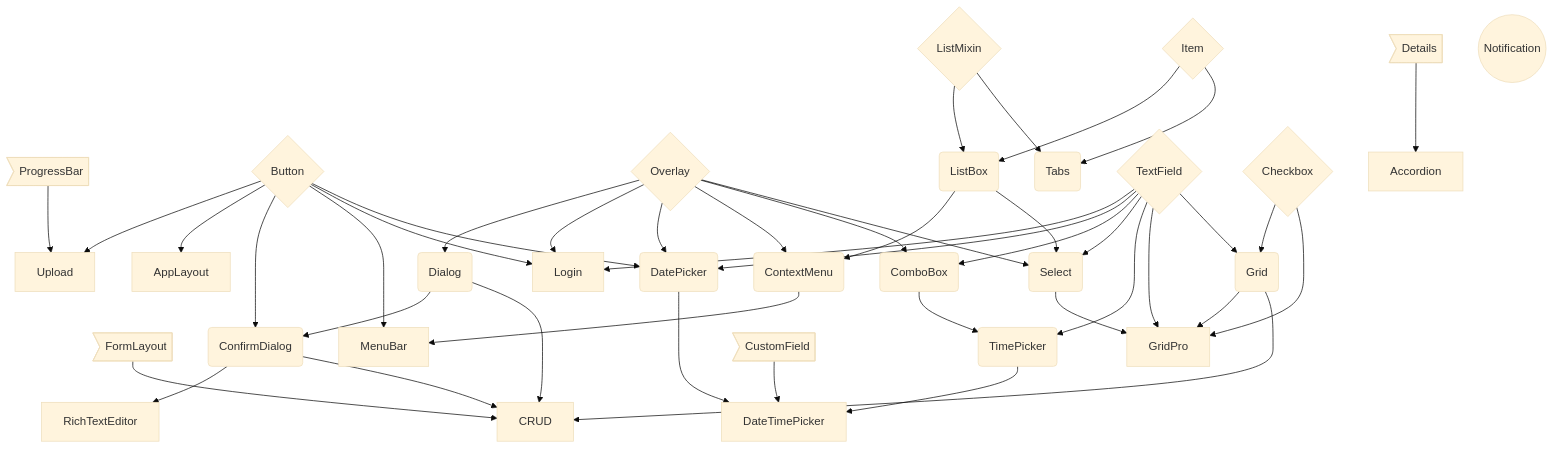
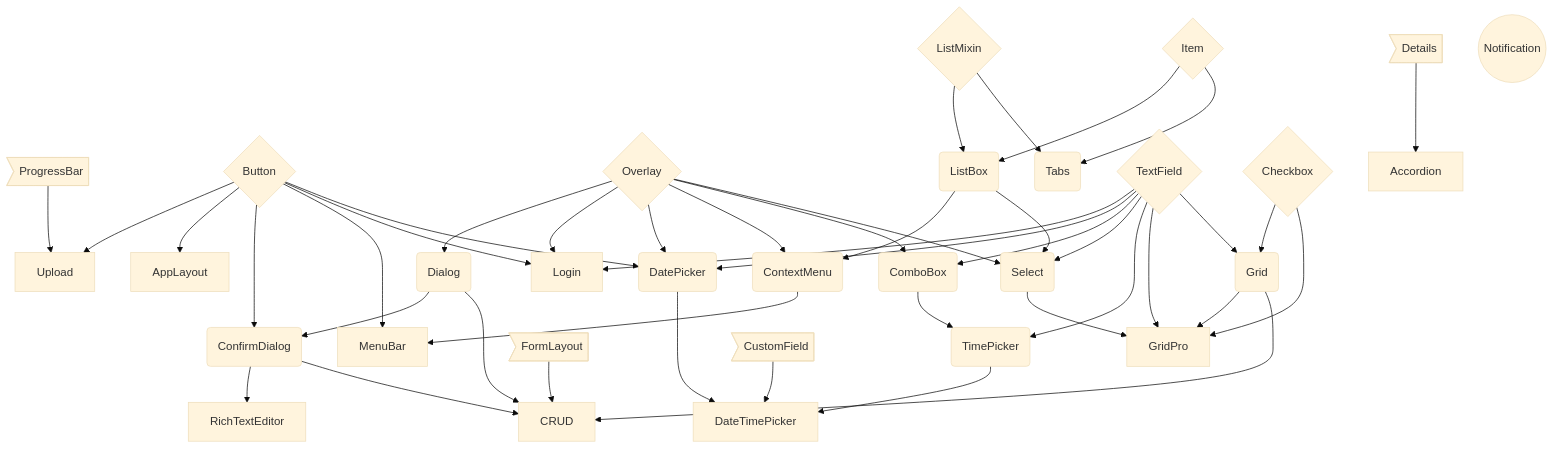
Before and after one commit to web-padawan/components-flowchart: the diagram in COMPONENTS.md, drawn with Mermaid (base theme). The commit also changed other lines of this file, not shown here.

Commit message:
Rearrange form-layout to align CRUD better

````diff
--- a/COMPONENTS.md
+++ b/COMPONENTS.md
@@ -1,74 +1,74 @@
 ```mermaid
 graph TB
 
 PB>ProgressBar]
-FL>FormLayout]
 B{Button}
 O{Overlay}
 LM{ListMixin}
 I{Item}
 LM --> LB(ListBox)
 LM --> TB(Tabs)
 I --> LB
 I --> TB
 
 T{TextField}
 C{Checkbox}
 DT>Details]
 N((Notification))
 
-FL --> CR[CRUD]
 PB --> U[Upload]
 
 B --> U[Upload]
 B --> AL[AppLayout]
 B --> CD(ConfirmDialog)
 B --> MB[MenuBar]
 B --> LG[Login]
 B --> DP(DatePicker)
 
-CB --> TP(TimePicker)
-
 O --> D(Dialog)
 O --> LG
 O --> DP
 O --> CM(ContextMenu)
 O --> CB(ComboBox)
 O --> S(Select)
 
+CB --> TP(TimePicker)
+
 D --> CD
+FL>FormLayout]
+FL --> CR[CRUD]
 
 T --> LG
 T --> DP
 T --> CB
 T --> S
 T --> TP
 
 LB --> CM
 LB --> S
 
 DP --> DTP[DateTimePicker]
 TP --> DTP
 
 CD --> RTE[RichTextEditor]
 
 S --> GP
 T --> GP
 
 CF>CustomField]
 CF --> DTP
 
 C --> G(Grid)
 T --> G
 
 C --> GP
 
 CM --> MB
 
 DT --> A[Accordion]
 
 D --> CR
 G --> GP[GridPro]
 CD --> CR
 G --> CR
 ```
````
